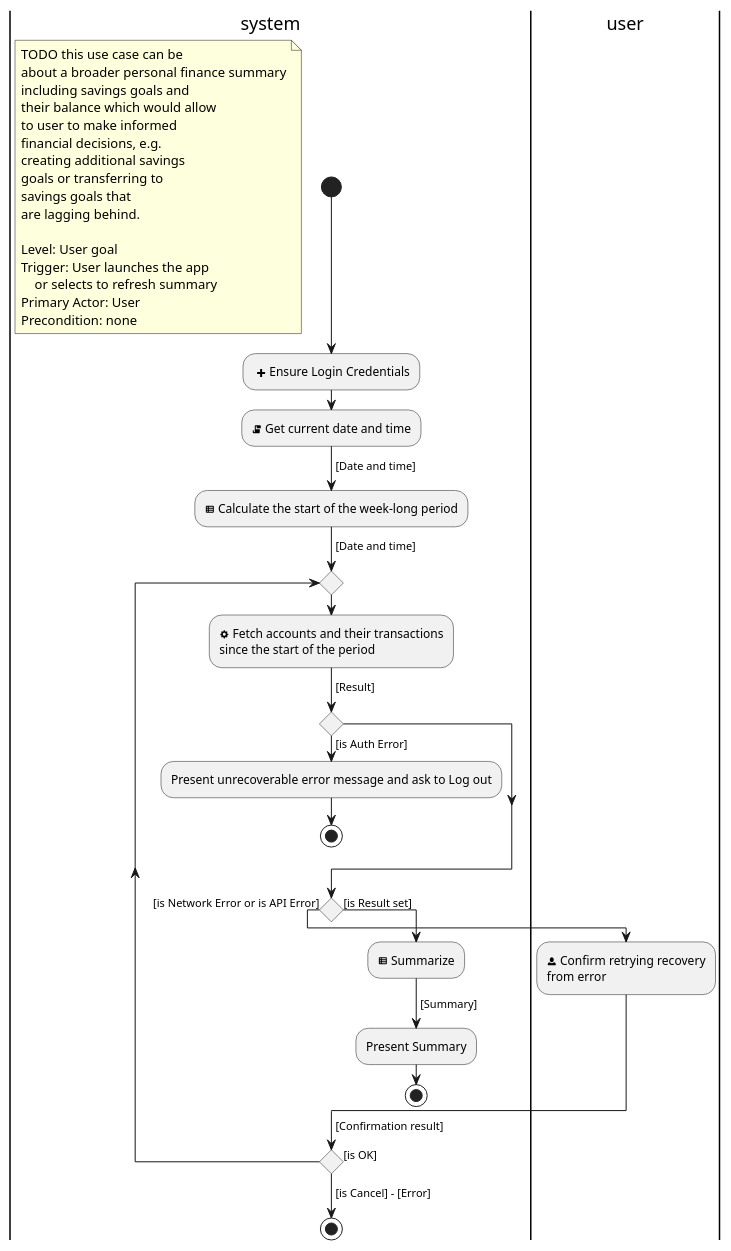
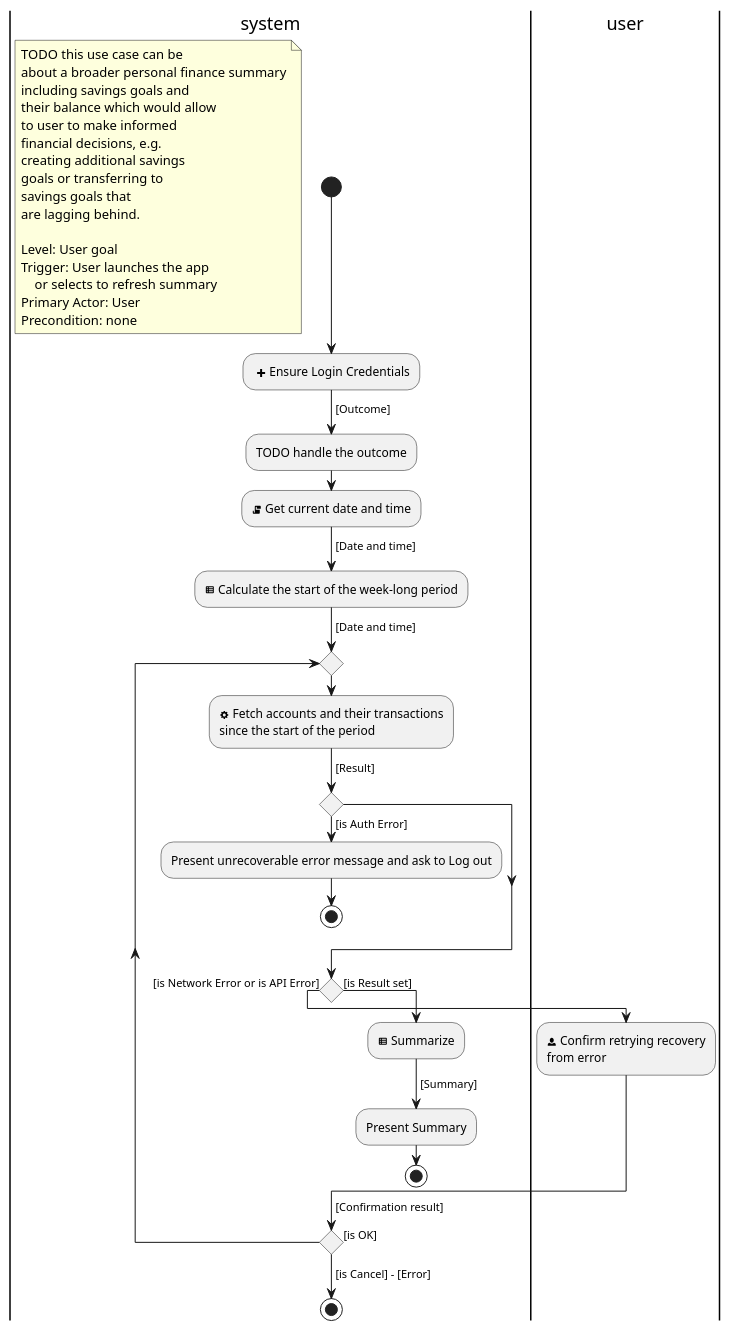
One commit to hristo-stefanov/MiniBankingDemo changed the diagram in diagrams/User Goal/Get Summary.puml. Above: the diagram before and after it, drawn with PlantUML. The commit also changed 7 other files, not shown here.

```diff
--- a/diagrams/User Goal/Get Summary.puml
+++ b/diagrams/User Goal/Get Summary.puml
@@ -1,58 +1,61 @@
 @startuml
 'https://plantuml.com/activity-diagram-beta
 
 |system|
 start
 
 floating note left
 TODO this use case can be
 about a broader personal finance summary
 including savings goals and
 their balance which would allow
 to user to make informed
 financial decisions, e.g.
 creating additional savings
 goals or transferring to
 savings goals that
 are lagging behind.
 
 Level: User goal
 Trigger: User launches the app
     or selects to refresh summary
 Primary Actor: User
 Precondition: none
 endnote
 
 : <&plus> Ensure Login Credentials;
+-> [Outcome];
+
+:TODO handle the outcome;
 
 :<&script> Get current date and time;
 -> [Date and time];
 :<&spreadsheet> Calculate the start of the week-long period;
 -> [Date and time];
 repeat
  :<&cog> Fetch accounts and their transactions
 since the start of the period;
 -> [Result];
 
 if () then ([is Auth Error])
     :Present unrecoverable error message and ask to Log out; <<sendSignal>>
     stop
 endif
 
 if () then ([is Network Error or is API Error])
     |user|
     :<&person> Confirm retrying recovery
     from error;
     |system|
 else ([is Result set])
     :<&spreadsheet> Summarize;
     -> [Summary];
     :Present Summary; <<sendSignal>>
     stop
 endif
 
 -> [Confirmation result];
 repeat while () is ([is OK])
 -> [is Cancel] - [Error];
 stop
 @enduml
```
